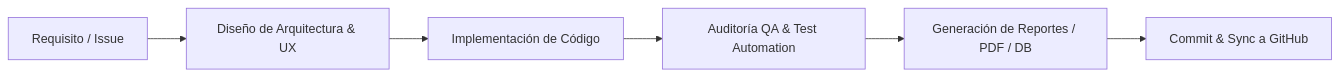
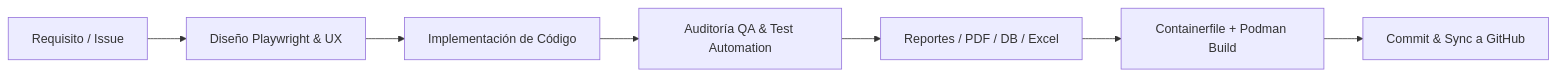
The diagram in .agents/AGENTS.md (julljoll/case-law-extractor), drawn with Mermaid before and after one commit. The commit also changed other lines of this file and 25 other files, not shown here.

````diff
--- a/.agents/AGENTS.md
+++ b/.agents/AGENTS.md
@@ -110,8 +123,9 @@
 ```mermaid
 flowchart LR
-    A[Requisito / Issue] --> B[Diseño de Arquitectura & UX]
+    A[Requisito / Issue] --> B[Diseño Playwright & UX]
     B --> C[Implementación de Código]
     C --> D[Auditoría QA & Test Automation]
-    D --> E[Generación de Reportes / PDF / DB]
-    E --> F[Commit & Sync a GitHub]
+    D --> E[Reportes / PDF / DB / Excel]
+    E --> F[Containerfile + Podman Build]
+    F --> G[Commit & Sync a GitHub]
 ```
````
